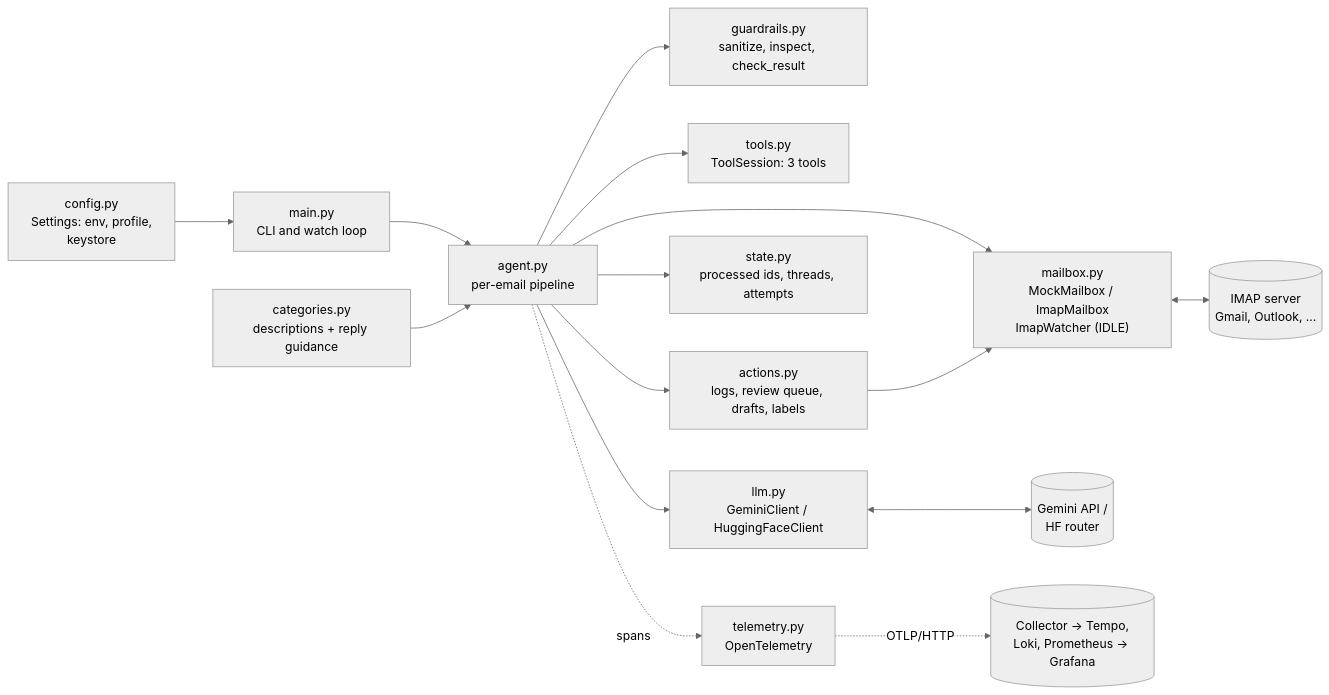
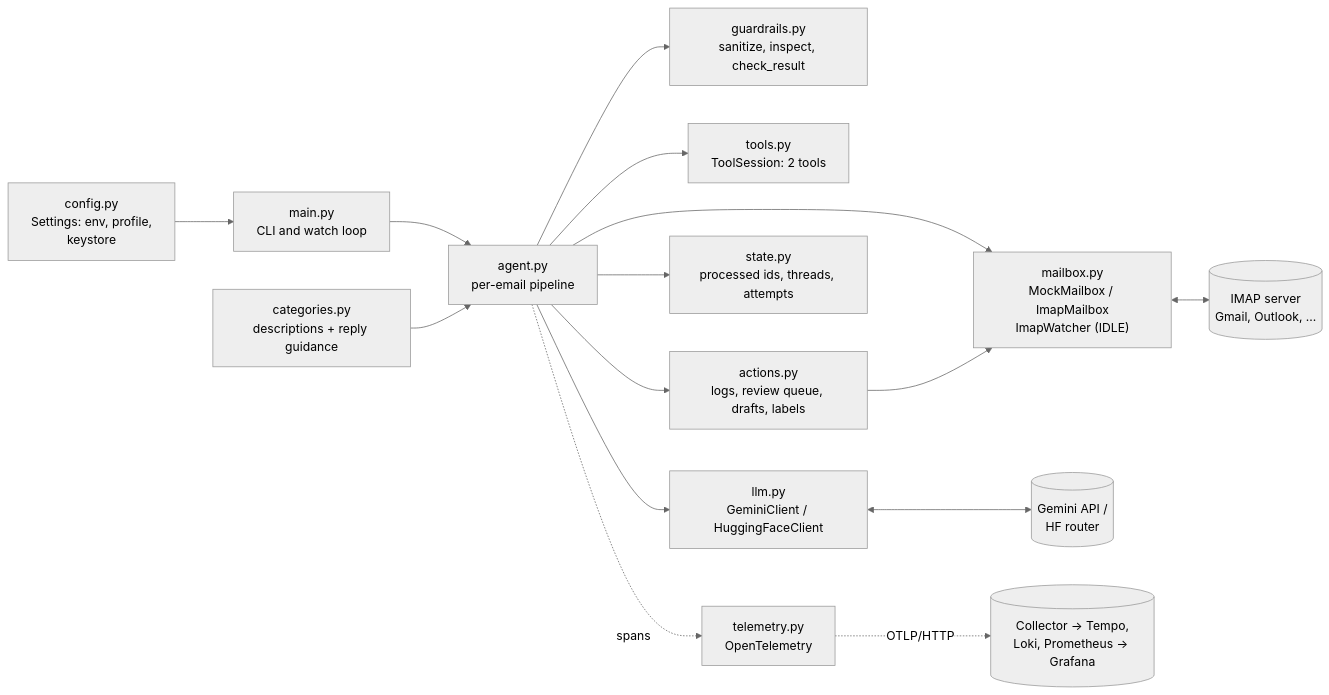
Before and after one commit to anketmalandkar-sys/ltfs-demo: the first of 8 diagrams in ARCHITECTURE.md, drawn with Mermaid (neutral theme). The commit also changed other lines of this file and 1 other file, not shown here.

Commit message:
Docs match the two-tool flow and the new KYC replies

````diff
--- a/ARCHITECTURE.md
+++ b/ARCHITECTURE.md
@@ -51,17 +51,17 @@
 ```mermaid
 flowchart LR
     CLI["main.py<br/>CLI and watch loop"] --> AG["agent.py<br/>per-email pipeline"]
     CFG["config.py<br/>Settings: env, profile,<br/>keystore"] --> CLI
     AG --> MB["mailbox.py<br/>MockMailbox / ImapMailbox<br/>ImapWatcher (IDLE)"]
     AG --> GR["guardrails.py<br/>sanitize, inspect, check_result"]
-    AG --> TL["tools.py<br/>ToolSession: 3 tools"]
+    AG --> TL["tools.py<br/>ToolSession: 2 tools"]
     AG --> LLM["llm.py<br/>GeminiClient / HuggingFaceClient"]
     AG --> ST["state.py<br/>processed ids, threads, attempts"]
     AG --> AC["actions.py<br/>logs, review queue, drafts, labels"]
     AC --> MB
     CAT["categories.py<br/>descriptions + reply guidance"] --> AG
     MB <--> GMAIL[("IMAP server<br/>Gmail, Outlook, ...")]
     LLM <--> API[("Gemini API /<br/>HF router")]
     AG -. spans .-> OT["telemetry.py<br/>OpenTelemetry"]
     OT -. OTLP/HTTP .-> JG[("Collector -> Tempo,<br/>Loki, Prometheus -> Grafana")]
 ```
````
